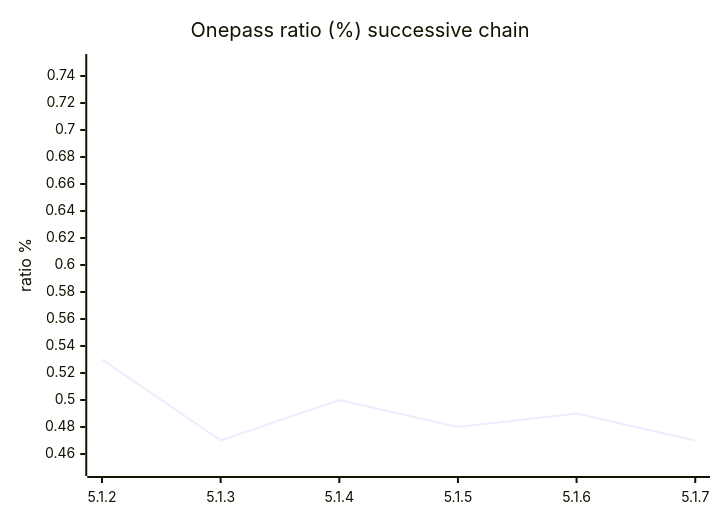
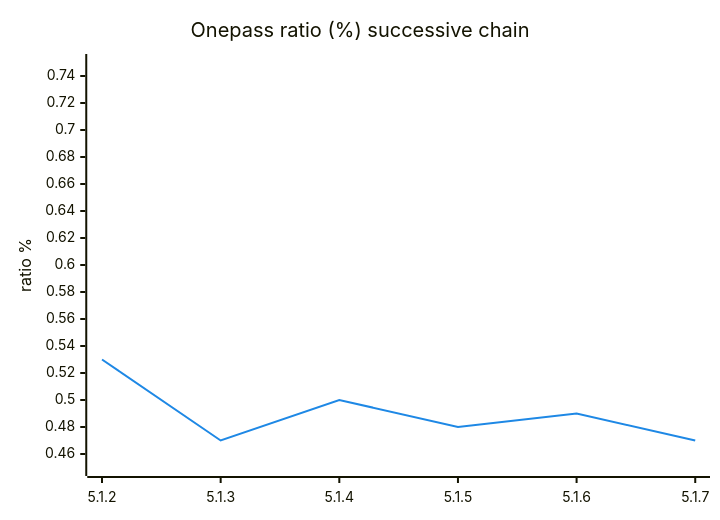
The sixth of 10 diagrams in ANALYSIS.md (darrelllong/Delta-Compression), drawn with Mermaid before and after one commit. The commit also changed other lines of this file, not shown here.

First line of the commit message:
analysis: format all math with LaTeX \$...\$ and fix line chart colors

````diff
--- a/ANALYSIS.md
+++ b/ANALYSIS.md
@@ -580,7 +581,8 @@
 ```mermaid
+%%{init: {'theme': 'base', 'themeVariables': {'xyChart': {'plotColorPalette': '#1e88e5'}}}}%%
 xychart-beta
     title "Onepass ratio (%) successive chain"
     x-axis ["5.1.2", "5.1.3", "5.1.4", "5.1.5", "5.1.6", "5.1.7"]
     y-axis "ratio %" 0.45 --> 0.75
     line [0.53, 0.47, 0.50, 0.48, 0.49, 0.47]
 ```
````
